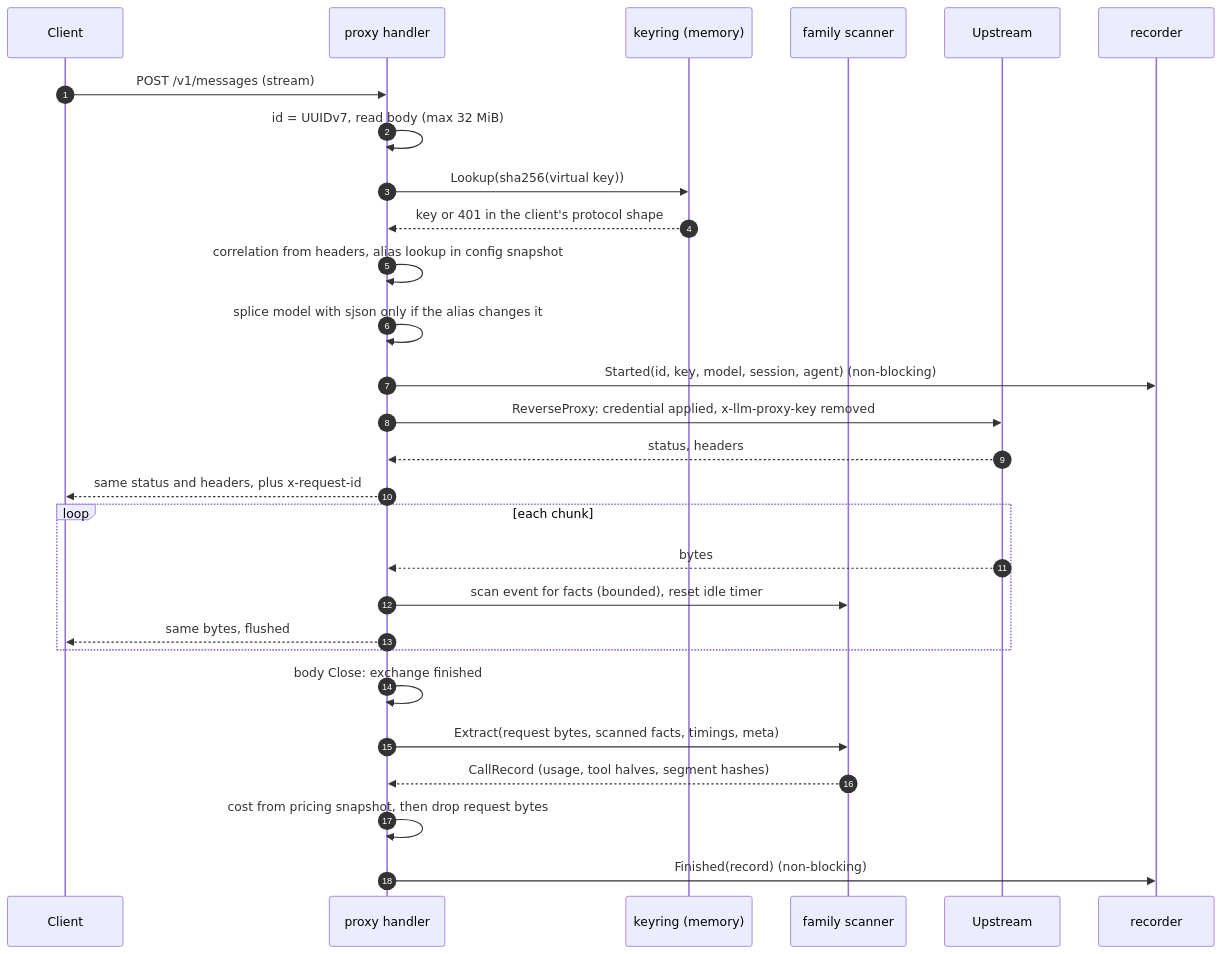
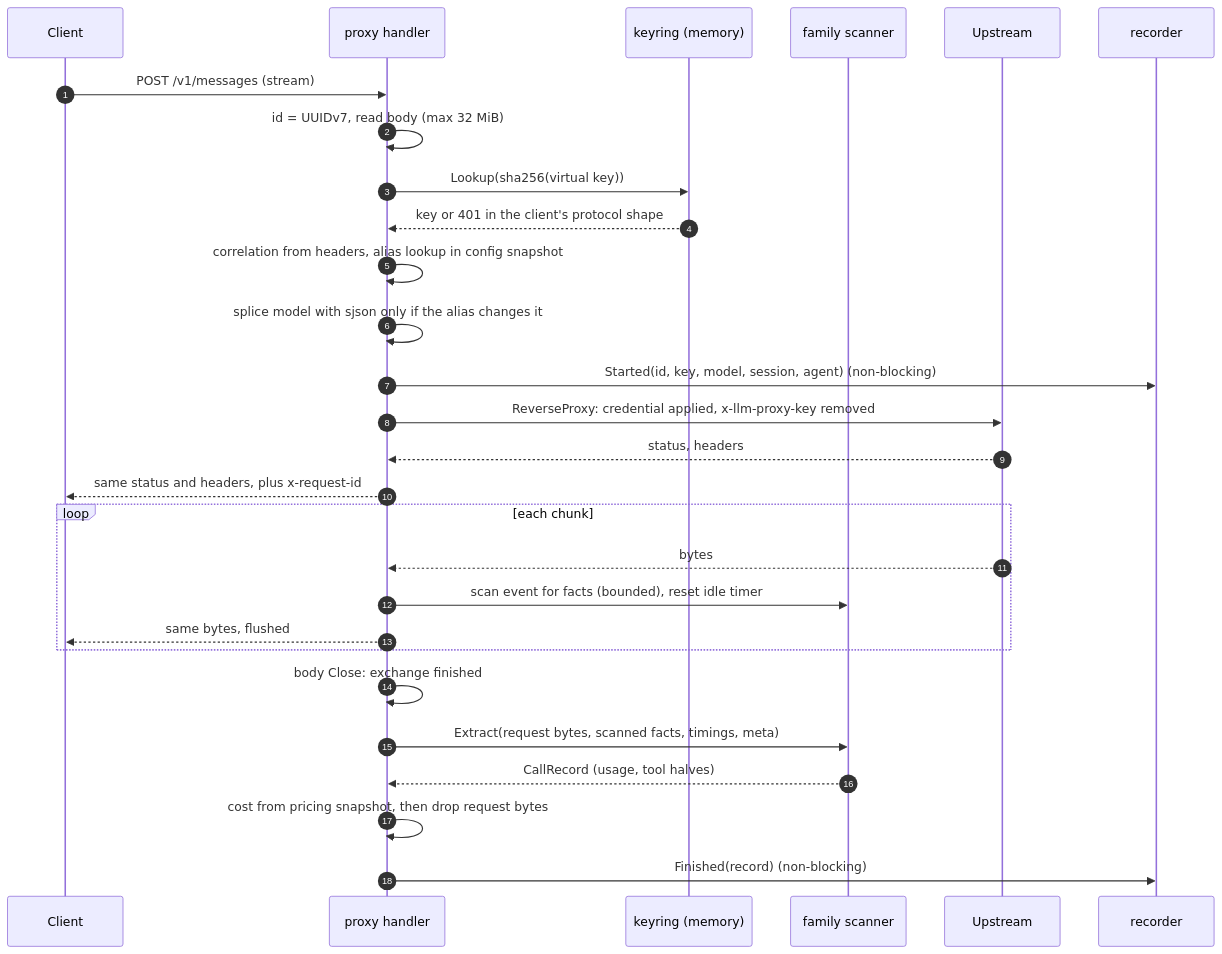
Before and after one commit to mtanzi/llm-proxy: the second of 3 diagrams in docs/architecture/backend.md, drawn with Mermaid. The commit also changed other lines of this file and 5 other files, not shown here.

````diff
--- a/docs/architecture/backend.md
+++ b/docs/architecture/backend.md
@@ -406,31 +403,31 @@
 ```mermaid
 sequenceDiagram
     autonumber
     participant C as Client
     participant P as proxy handler
     participant K as keyring (memory)
     participant F as family scanner
     participant U as Upstream
     participant R as recorder
 
     C->>P: POST /v1/messages (stream)
     P->>P: id = UUIDv7, read body (max 32 MiB)
     P->>K: Lookup(sha256(virtual key))
     K-->>P: key or 401 in the client's protocol shape
     P->>P: correlation from headers, alias lookup in config snapshot
     P->>P: splice model with sjson only if the alias changes it
     P->>R: Started(id, key, model, session, agent) (non-blocking)
     P->>U: ReverseProxy: credential applied, x-llm-proxy-key removed
     U-->>P: status, headers
     P-->>C: same status and headers, plus x-request-id
     loop each chunk
         U-->>P: bytes
         P->>F: scan event for facts (bounded), reset idle timer
         P-->>C: same bytes, flushed
     end
     P->>P: body Close: exchange finished
     P->>F: Extract(request bytes, scanned facts, timings, meta)
-    F-->>P: CallRecord (usage, tool halves, segment hashes)
+    F-->>P: CallRecord (usage, tool halves)
     P->>P: cost from pricing snapshot, then drop request bytes
     P->>R: Finished(record) (non-blocking)
 ```
````
